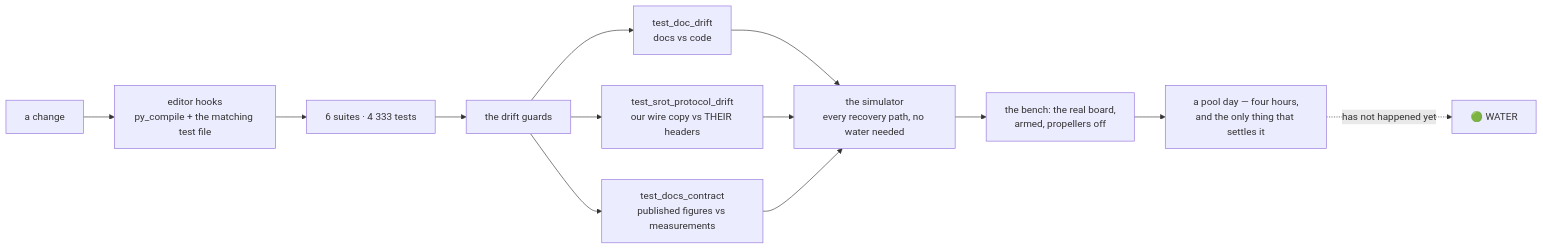
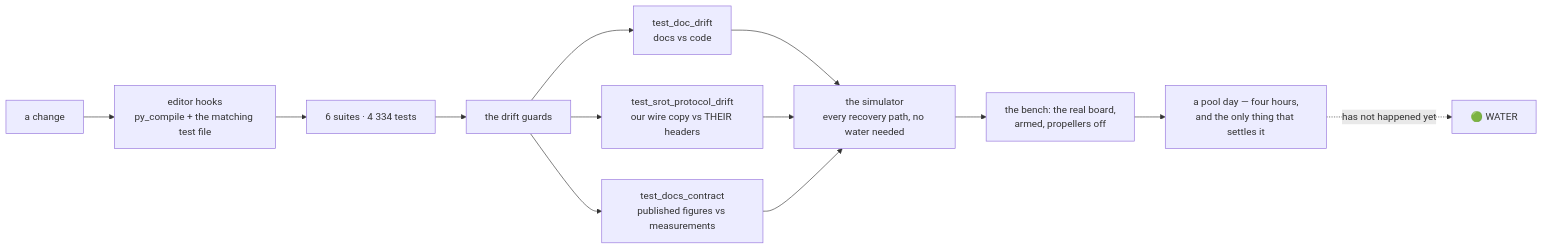
Before and after one commit to fh1m/mongla_ws: the ninth of 10 diagrams in README.md, drawn with Mermaid. The commit also changed other lines of this file and 4 other files, not shown here.

````diff
--- a/README.md
+++ b/README.md
@@ -752,15 +752,15 @@
 ```mermaid
 flowchart LR
     DEV["a change"] --> HOOK["editor hooks<br/>py_compile + the matching test file"]
-    HOOK --> UNIT["6 suites · 4 333 tests"]
+    HOOK --> UNIT["6 suites · 4 334 tests"]
     UNIT --> GUARD["the drift guards"]
     GUARD --> G1["test_doc_drift<br/>docs vs code"]
     GUARD --> G2["test_srot_protocol_drift<br/>our wire copy vs THEIR headers"]
     GUARD --> G3["test_docs_contract<br/>published figures vs measurements"]
     G1 --> SIM["the simulator<br/>every recovery path, no water needed"]
     G2 --> SIM
     G3 --> SIM
     SIM --> BENCH["the bench: the real board,<br/>armed, propellers off"]
     BENCH --> POOL["a pool day — four hours,<br/>and the only thing that settles it"]
     POOL -.->|"has not happened yet"| WATER["🟢 WATER"]
 ```
````
